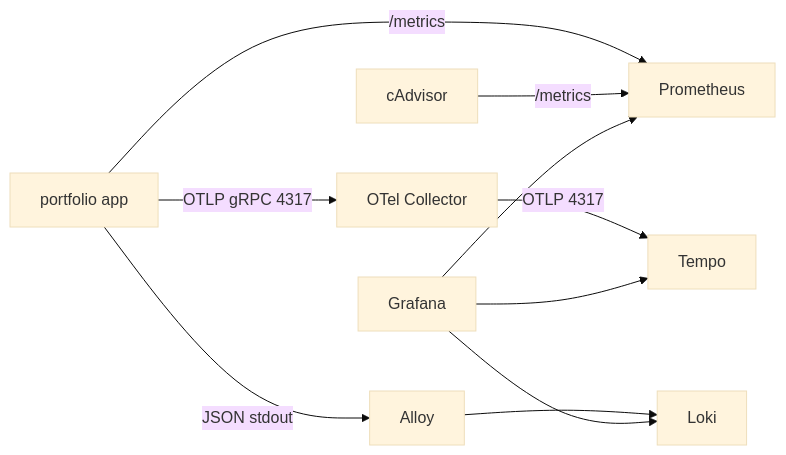
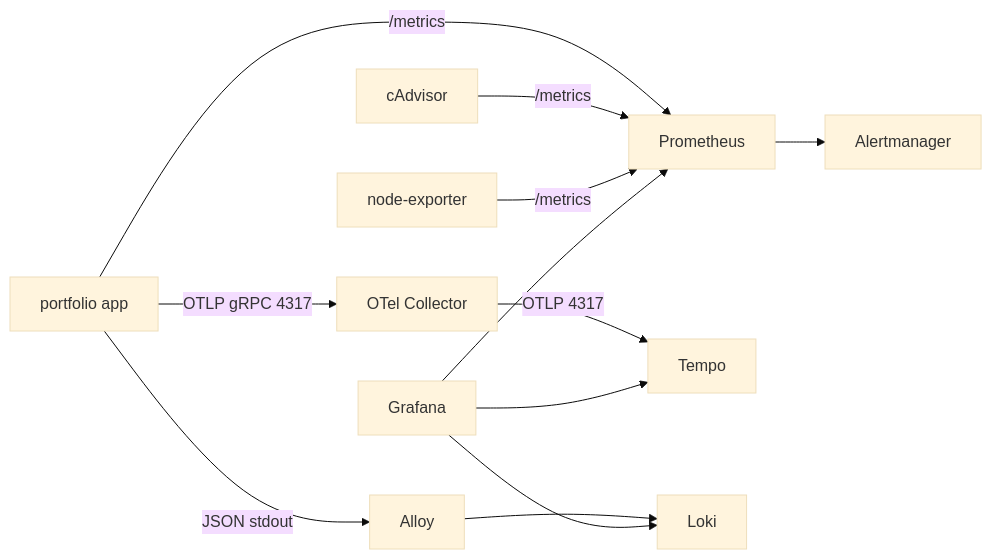
The diagram in deploy/k8s/observability/README.md (zetasuna/portfolio), drawn with Mermaid (base theme) before and after one commit. The commit also changed other lines of this file and 13 other files, not shown here.

````diff
--- a/deploy/k8s/observability/README.md
+++ b/deploy/k8s/observability/README.md
@@ -15,12 +18,14 @@
 ```mermaid
 flowchart LR
   APP[portfolio app] -- /metrics --> P[Prometheus]
   CAD[cAdvisor] -- /metrics --> P
+  NE[node-exporter] -- /metrics --> P
   APP -- OTLP gRPC 4317 --> OC[OTel Collector]
   OC -- OTLP 4317 --> T[Tempo]
   APP -- JSON stdout --> AL[Alloy]
   AL --> L[Loki]
   G[Grafana] --> P
   G --> L
   G --> T
+  P --> AM[Alertmanager]
 ```
````
